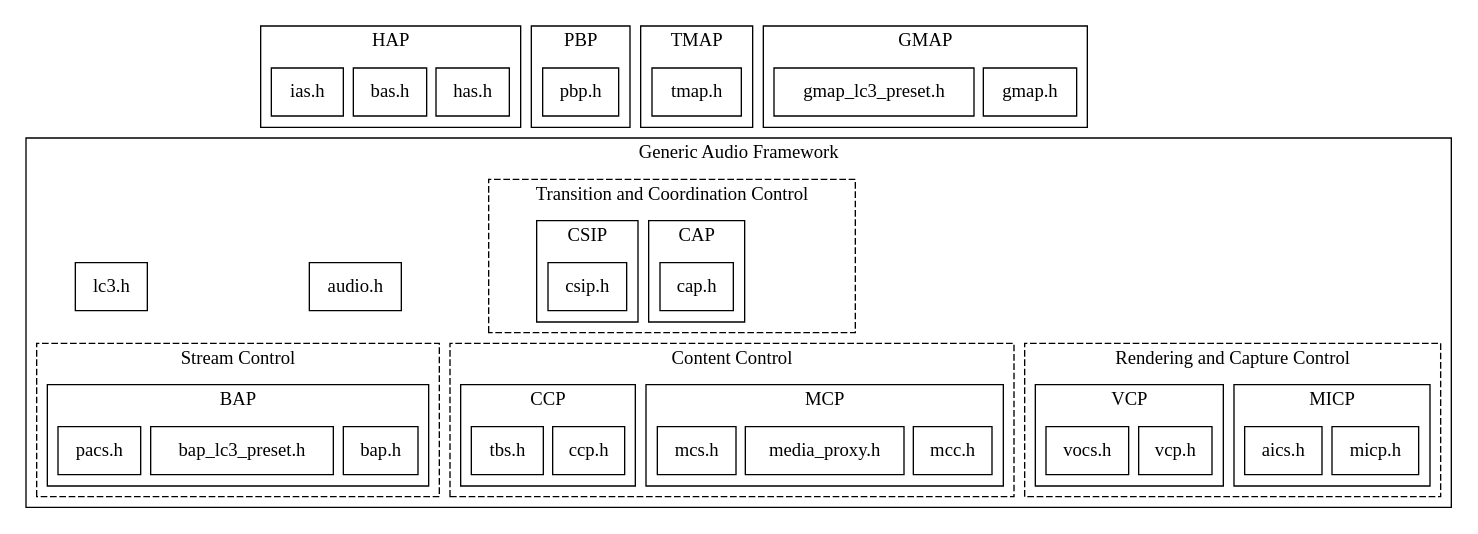
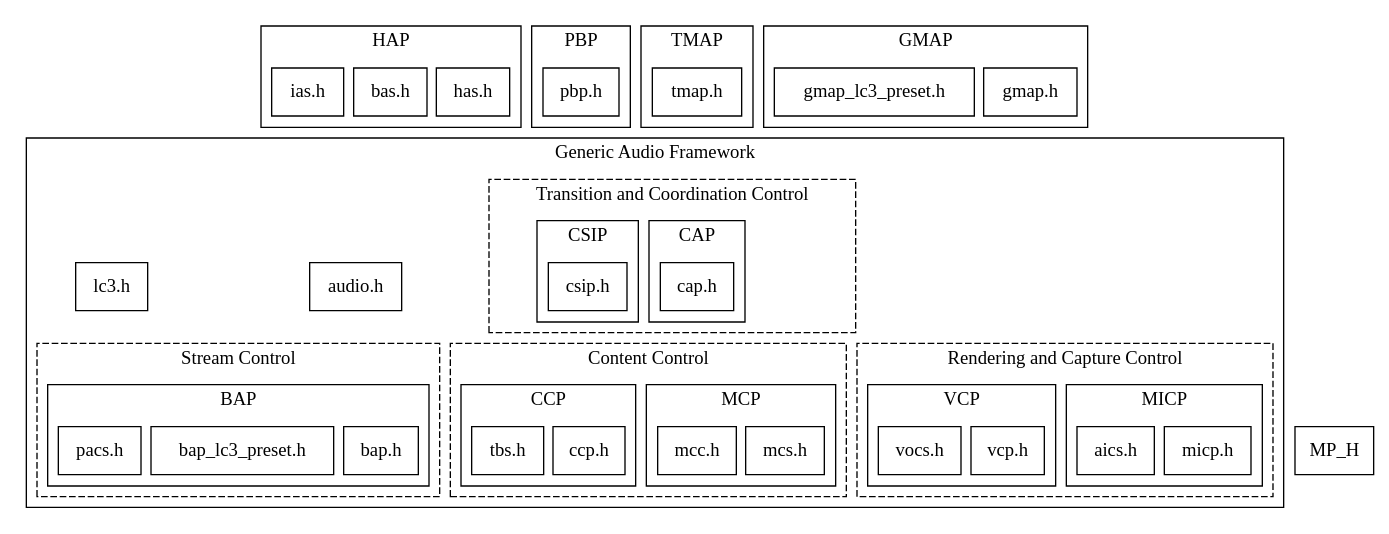
One commit to zephyrproject-rtos/zephyr changed the third of 3 diagrams in doc/services/connectivity/bluetooth/api/audio/bluetooth-le-audio-arch.rst. Above: the diagram before and after it, drawn with Graphviz. The commit also changed 14 other files, not shown here.

First line of the commit message:
Bluetooth: MCP: Remove media proxy

```diff
--- a/doc/services/connectivity/bluetooth/api/audio/bluetooth-le-audio-arch.rst
+++ b/doc/services/connectivity/bluetooth/api/audio/bluetooth-le-audio-arch.rst
@@ -287,7 +287,6 @@
                style=solid;
                MCS_H [label="mcs.h"];
                MCC_H [label="mcc.h"];
-               MP_H [label="media_proxy.h"];
             }
 
             subgraph ccp_layer {
```
